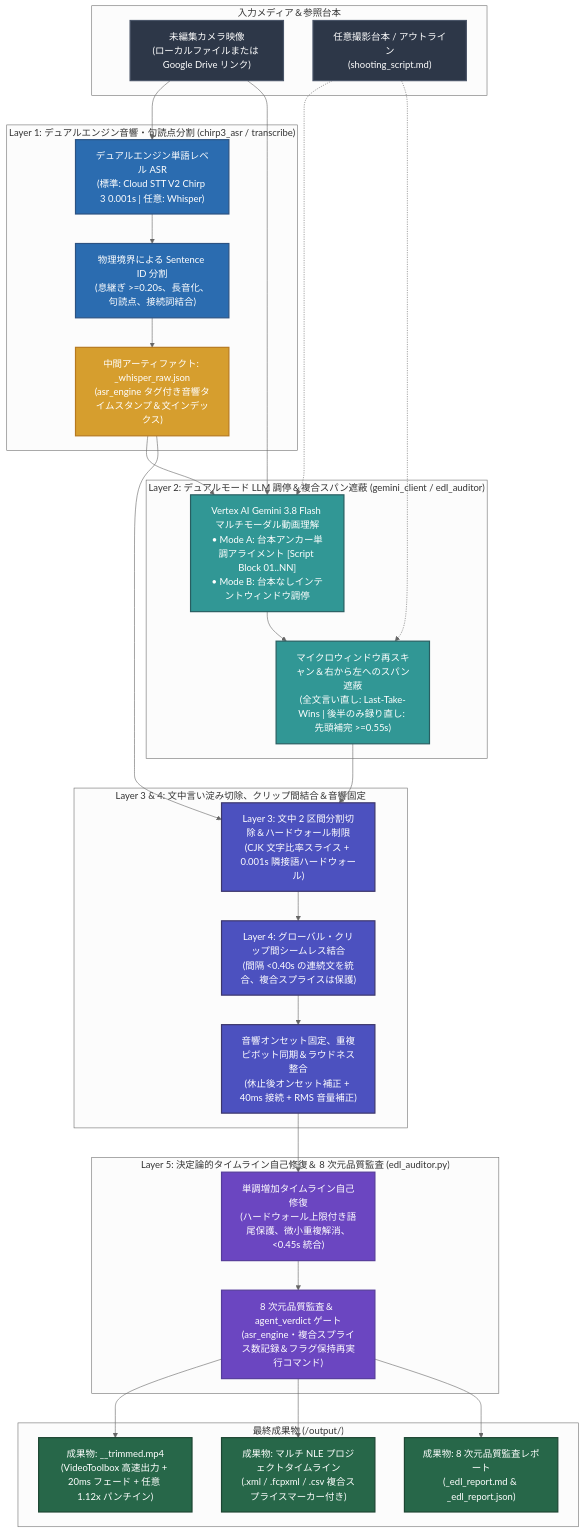
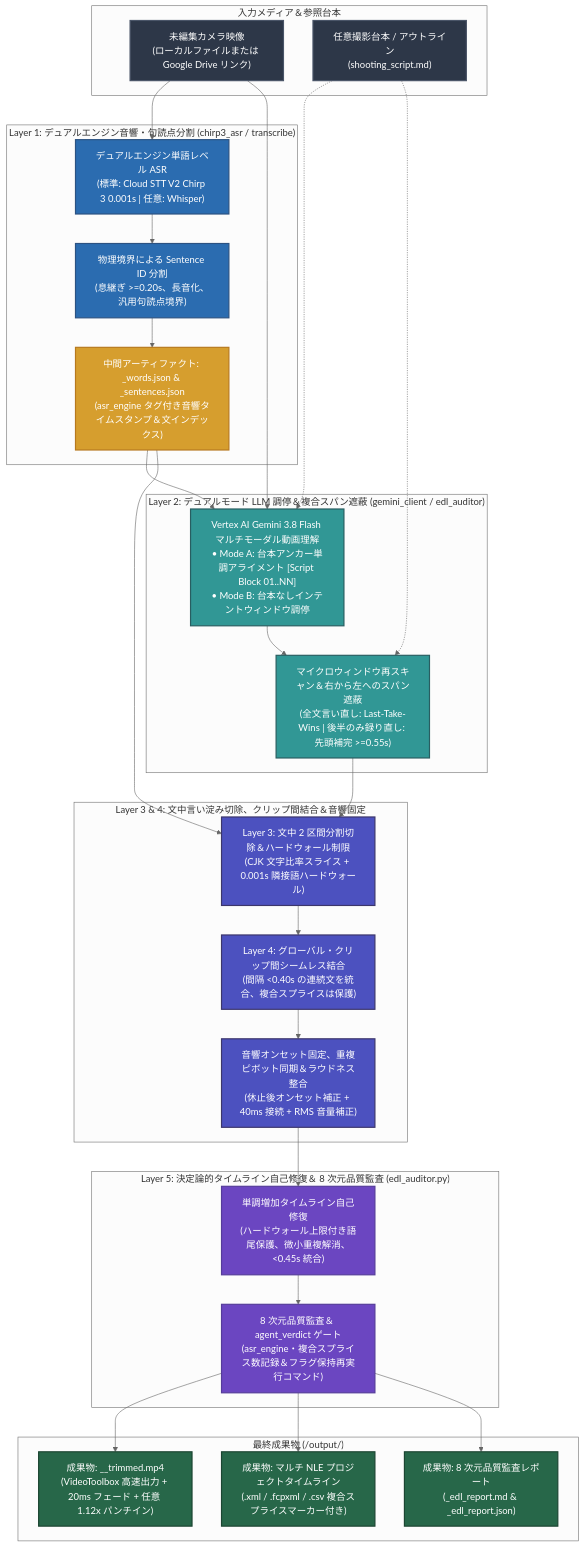
One commit to sylphlin/video-trimmer changed the diagram in README.ja.md. Above: the diagram before and after it, drawn with Mermaid (neutral theme). The commit also changed 17 other files, not shown here.

First line of the commit message:
feat: enforce first-pass EDL convergence, physical clause splitting, and engine-neutral ASR naming

````diff
--- a/README.ja.md
+++ b/README.ja.md
@@ -20,59 +20,59 @@
 ```mermaid
 flowchart TD
     classDef inputStyle fill:#2D3748,stroke:#4A5568,stroke-width:2px,color:#fff;
     classDef stage1Style fill:#2B6CB0,stroke:#2C5282,stroke-width:2px,color:#fff;
     classDef stage2Style fill:#319795,stroke:#285E61,stroke-width:2px,color:#fff;
     classDef stage3Style fill:#4C51BF,stroke:#3C366B,stroke-width:2px,color:#fff;
     classDef stage4Style fill:#6B46C1,stroke:#553C9A,stroke-width:2px,color:#fff;
     classDef artifactStyle fill:#D69E2E,stroke:#B7791F,stroke-width:2px,color:#fff;
     classDef outputStyle fill:#276749,stroke:#1C4532,stroke-width:2px,color:#fff;
 
     subgraph Inputs["入力メディア＆参照台本"]
         IN["未編集カメラ映像<br/>(ローカルファイルまたは Google Drive リンク)"]:::inputStyle
         SC["任意撮影台本 / アウトライン<br/>(shooting_script.md)"]:::inputStyle
     end
 
     subgraph L1["Layer 1: デュアルエンジン音響・句読点分割 (chirp3_asr / transcribe)"]
         W_ASR["デュアルエンジン単語レベル ASR<br/>(標準: Cloud STT V2 Chirp 3 0.001s | 任意: Whisper)"]:::stage1Style
-        S_SEG["物理境界による Sentence ID 分割<br/>(息継ぎ >=0.20s、長音化、句読点、接続詞結合)"]:::stage1Style
-        W_JSON["中間アーティファクト: <basename>_whisper_raw.json<br/>(asr_engine タグ付き音響タイムスタンプ＆文インデックス)"]:::artifactStyle
+        S_SEG["物理境界による Sentence ID 分割<br/>(息継ぎ >=0.20s、長音化、汎用句読点境界)"]:::stage1Style
+        W_JSON["中間アーティファクト: <basename>_words.json & _sentences.json<br/>(asr_engine タグ付き音響タイムスタンプ＆文インデックス)"]:::artifactStyle
         W_ASR --> S_SEG --> W_JSON
     end
 
     subgraph L2["Layer 2: デュアルモード LLM 調停＆複合スパン遮蔽 (gemini_client / edl_auditor)"]
         MODE["Vertex AI Gemini 3.8 Flash マルチモーダル動画理解<br/>• Mode A: 台本アンカー単調アライメント [Script Block 01..NN]<br/>• Mode B: 台本なしインテントウィンドウ調停"]:::stage2Style
         REPAIR["マイクロウィンドウ再スキャン＆右から左へのスパン遮蔽<br/>(全文言い直し: Last-Take-Wins | 後半のみ録り直し: 先頭補完 >=0.55s)"]:::stage2Style
         MODE --> REPAIR
     end
 
     subgraph L3_L4["Layer 3 & 4: 文中言い淀み切除、クリップ間結合＆音響固定"]
         L3["Layer 3: 文中 2 区間分割切除＆ハードウォール制限<br/>(CJK 文字比率スライス + 0.001s 隣接語ハードウォール)"]:::stage3Style
         L4["Layer 4: グローバル・クリップ間シームレス結合<br/>(間隔 <0.40s の連続文を統合、複合スプライスは保護)"]:::stage3Style
         AC["音響オンセット固定、重複ピボット同期＆ラウドネス整合<br/>(休止後オンセット補正 + 40ms 接続 + RMS 音量補正)"]:::stage3Style
         L3 --> L4 --> AC
     end
 
     subgraph L5["Layer 5: 決定論的タイムライン自己修復＆ 8 次元品質監査 (edl_auditor.py)"]
         SAN["単調増加タイムライン自己修復<br/>(ハードウォール上限付き語尾保護、微小重複解消、<0.45s 統合)"]:::stage4Style
         AUD["8 次元品質監査＆ agent_verdict ゲート<br/>(asr_engine・複合スプライス数記録＆フラグ保持再実行コマンド)"]:::stage4Style
         SAN --> AUD
     end
 
     subgraph Deliverables["最終成果物 (<input_dir>/output/)"]
         OUT_MP4["成果物: <basename>_<tag>_trimmed.mp4<br/>(VideoToolbox 高速出力 + 20ms フェード + 任意 1.12x パンチイン)"]:::outputStyle
         OUT_NLE["成果物: マルチ NLE プロジェクトタイムライン<br/>(.xml / .fcpxml / .csv 複合スプライスマーカー付き)"]:::outputStyle
         OUT_REP["成果物: 8 次元品質監査レポート<br/>(_edl_report.md & _edl_report.json)"]:::outputStyle
     end
 
     IN --> W_ASR
     IN --> MODE
     SC -.-> MODE
     W_JSON --> MODE
     SC -.-> REPAIR
     REPAIR --> L3
     W_JSON --> L3
     AC --> SAN
     AUD --> OUT_MP4
     AUD --> OUT_NLE
     AUD --> OUT_REP
 ```
````
